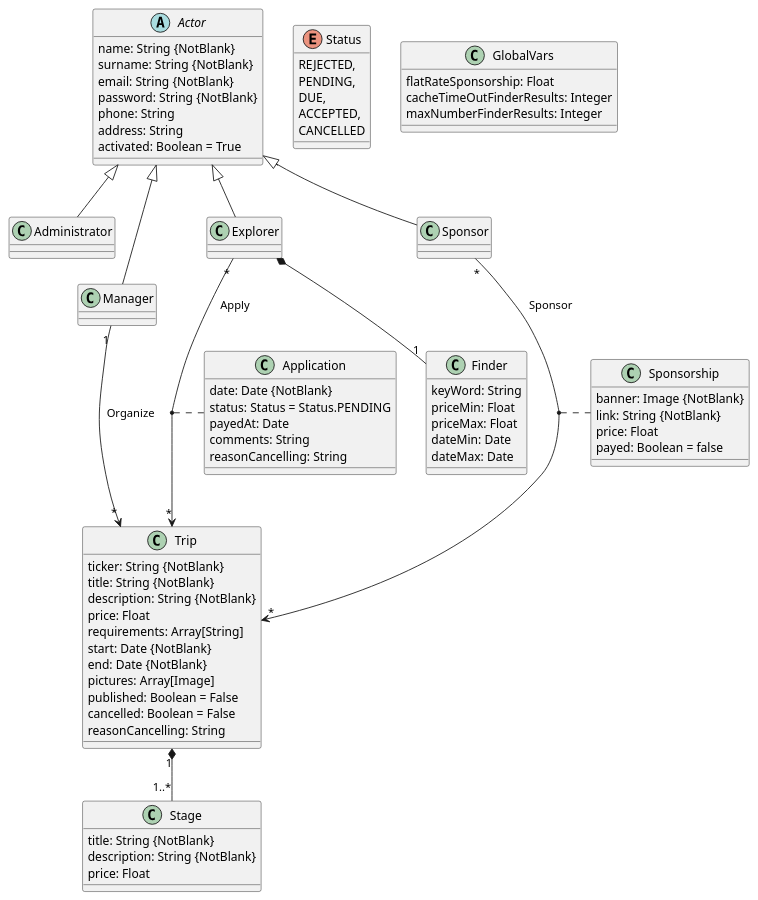
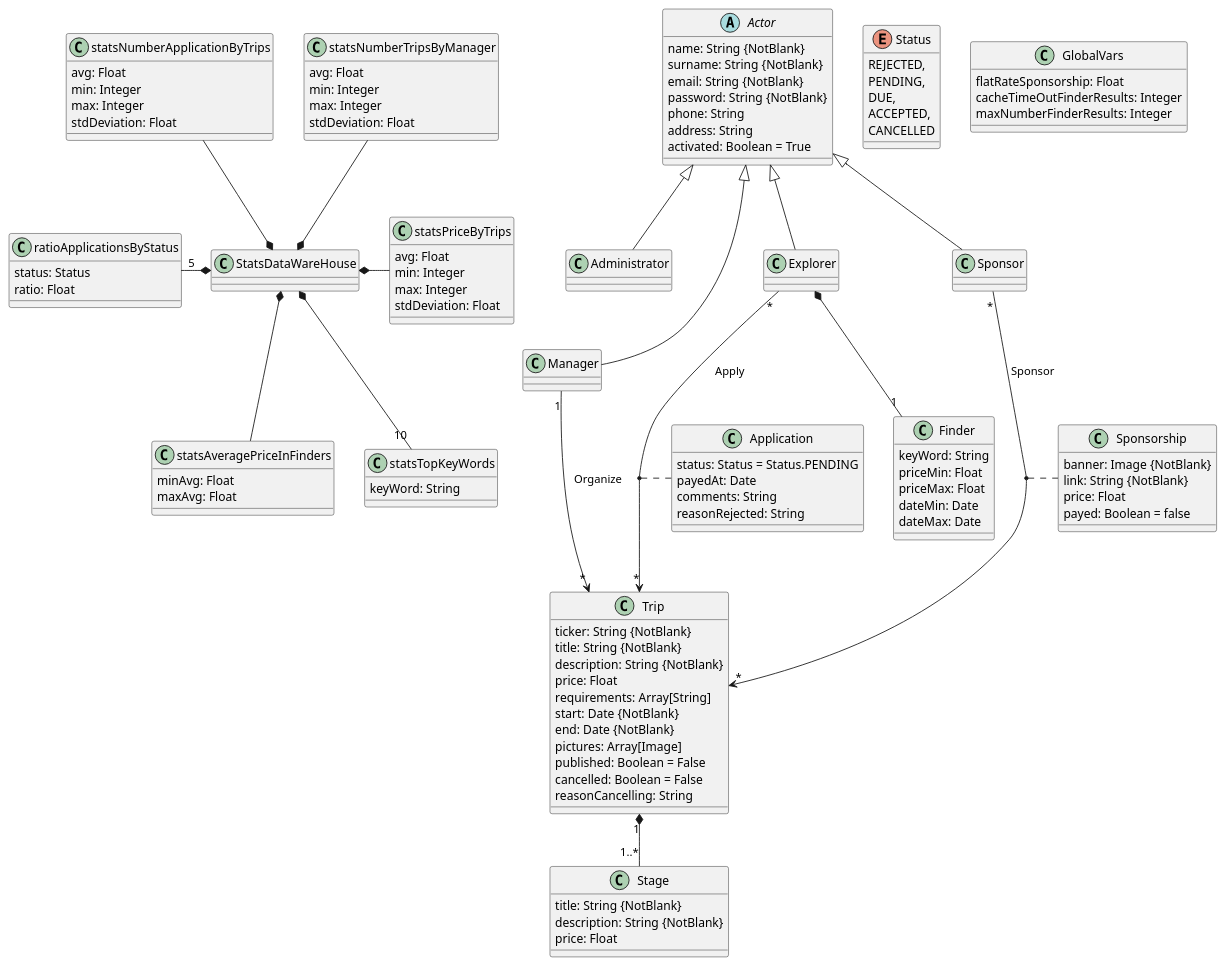
One commit to Xiirf/S2_Acme_Explorer changed the diagram in doc/class_diagram.plantuml. Above: the diagram before and after it, drawn with PlantUML.

```diff
--- a/doc/class_diagram.plantuml
+++ b/doc/class_diagram.plantuml
@@ -1,88 +1,129 @@
 @startuml
 Enum Status {
   REJECTED,
   PENDING,
   DUE,
   ACCEPTED,
   CANCELLED
 }
 
 Abstract Actor {
   name: String {NotBlank}
   surname: String {NotBlank}
   email: String {NotBlank}
   password: String {NotBlank}
   phone: String
   address: String
   activated: Boolean = True
 }
 
 Class Administrator
 
 Class Manager
 
 Class Explorer
 
 Class Sponsor
 
 Class Trip {
   ticker: String {NotBlank}
   title: String {NotBlank}
   description: String {NotBlank}
   price: Float
   requirements: Array[String]
   start: Date {NotBlank}
   end: Date {NotBlank}
   pictures: Array[Image]
   published: Boolean = False
   cancelled: Boolean = False
   reasonCancelling: String
 }
 
 Class Stage {
   title: String {NotBlank}
   description: String {NotBlank}
   price: Float
 }
 
 Class Application {
-  date: Date {NotBlank}
   status: Status = Status.PENDING
   payedAt: Date
   comments: String
-  reasonCancelling: String
+  reasonRejected: String
 }
 
 class Finder {
   keyWord: String
   priceMin: Float
   priceMax: Float
   dateMin: Date
   dateMax: Date
 }
 
 Class Sponsorship {
   banner: Image {NotBlank}
   link: String {NotBlank}
   price: Float
   payed: Boolean = false
 }
 
 Class GlobalVars {
   flatRateSponsorship: Float
   cacheTimeOutFinderResults: Integer
   maxNumberFinderResults: Integer
 }
 
+Class statsNumberTripsByManager {
+  avg: Float
+  min: Integer
+  max: Integer
+  stdDeviation: Float
+}
+Class statsNumberApplicationByTrips {
+  avg: Float
+  min: Integer
+  max: Integer
+  stdDeviation: Float
+}
+Class statsPriceByTrips {
+  avg: Float
+  min: Integer
+  max: Integer
+  stdDeviation: Float
+}
+Class ratioApplicationsByStatus {
+  status: Status
+  ratio: Float
+    
+}
+Class statsAveragePriceInFinders {
+  minAvg: Float
+  maxAvg: Float
+}
+Class statsTopKeyWords {
+  keyWord: String
+}
+
+Class StatsDataWareHouse {
+  
+}
+
 Actor <|-- Administrator
 Actor <|-- Manager
 Actor <|-- Explorer
 Actor <|-- Sponsor
 Trip "1" *-- "1..*" Stage
 Manager "1" --> "*" Trip: Organize
 Explorer "*" --> "*" Trip: Apply
 (Explorer, Trip).. Application
 Explorer *-- "1" Finder
 Sponsor "*" --> "*" Trip: Sponsor
 (Sponsor , Trip) .. Sponsorship
+
+StatsDataWareHouse *-up- statsNumberTripsByManager
+StatsDataWareHouse *-up- statsNumberApplicationByTrips
+StatsDataWareHouse *-right- statsPriceByTrips
+StatsDataWareHouse *-left- "5" ratioApplicationsByStatus
+StatsDataWareHouse *-down- statsAveragePriceInFinders
+StatsDataWareHouse *-down- "10" statsTopKeyWords
 @enduml
```
